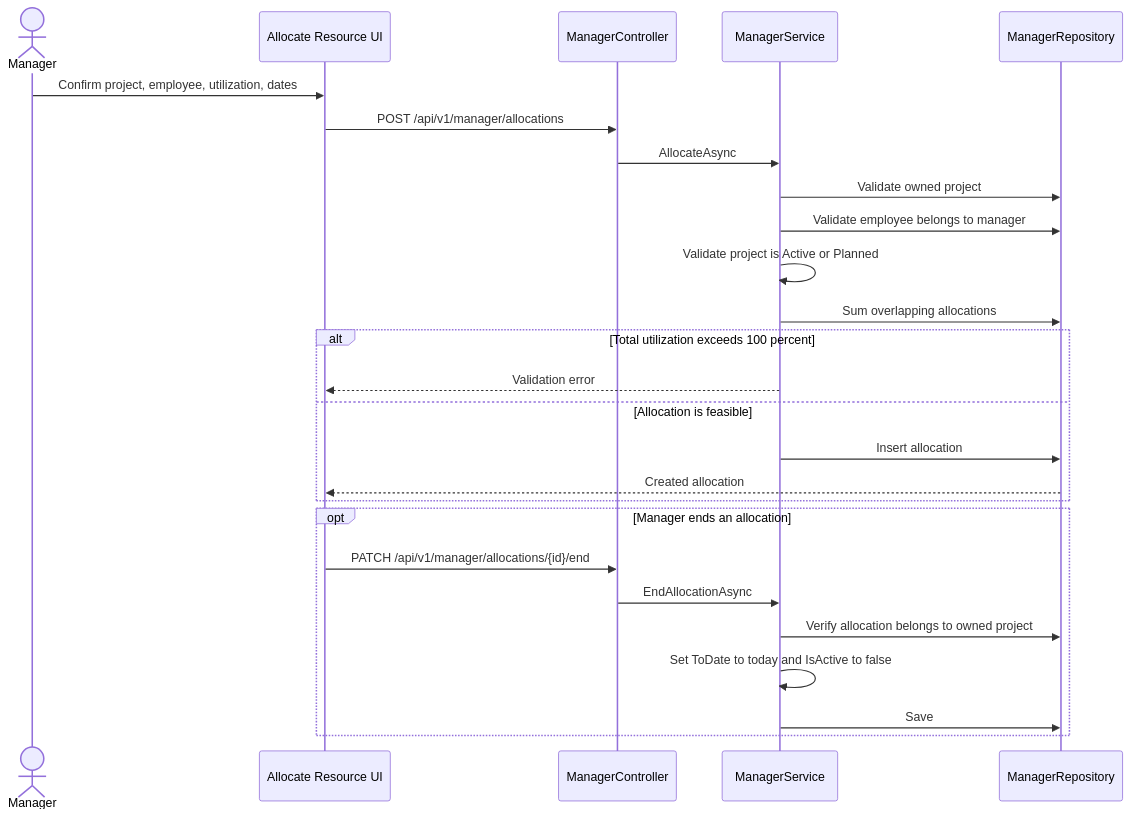
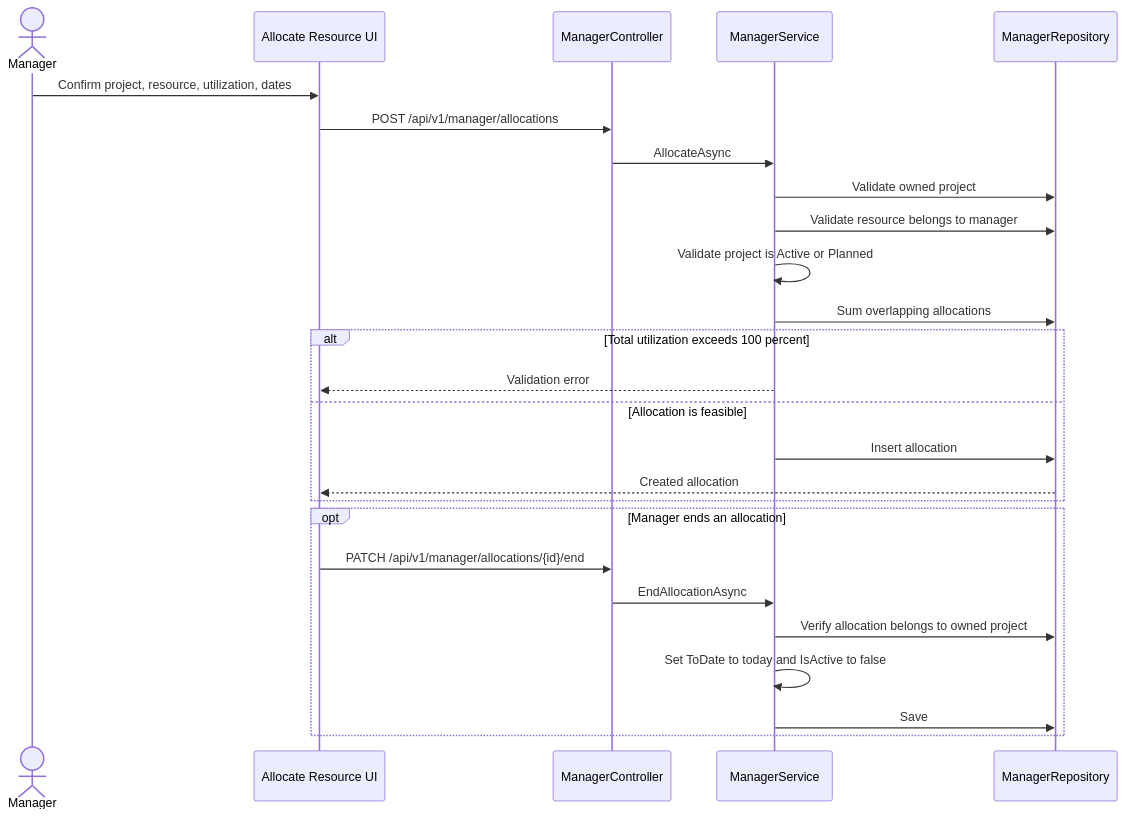
Before and after one commit to AayushGargITT/AayushGarg-LearnCode-2025-26: diagram 14 of 22 in ResourceMindAi/readme.md, drawn with Mermaid. The commit also changed other lines of this file and 78 other files, not shown here.

First line of the commit message:
refactor: rename employee references to resource and refresh system documentation

````diff
--- a/ResourceMindAi/readme.md
+++ b/ResourceMindAi/readme.md
@@ -679,31 +884,31 @@
 ```mermaid
 sequenceDiagram
     actor Manager
     participant UI as Allocate Resource UI
     participant API as ManagerController
     participant Service as ManagerService
     participant Repo as ManagerRepository
 
-    Manager->>UI: Confirm project, employee, utilization, dates
+    Manager->>UI: Confirm project, resource, utilization, dates
     UI->>API: POST /api/v1/manager/allocations
     API->>Service: AllocateAsync
     Service->>Repo: Validate owned project
-    Service->>Repo: Validate employee belongs to manager
+    Service->>Repo: Validate resource belongs to manager
     Service->>Service: Validate project is Active or Planned
     Service->>Repo: Sum overlapping allocations
 
     alt Total utilization exceeds 100 percent
         Service-->>UI: Validation error
     else Allocation is feasible
         Service->>Repo: Insert allocation
         Repo-->>UI: Created allocation
     end
 
     opt Manager ends an allocation
         UI->>API: PATCH /api/v1/manager/allocations/{id}/end
         API->>Service: EndAllocationAsync
         Service->>Repo: Verify allocation belongs to owned project
         Service->>Service: Set ToDate to today and IsActive to false
         Service->>Repo: Save
     end
 ```
````
